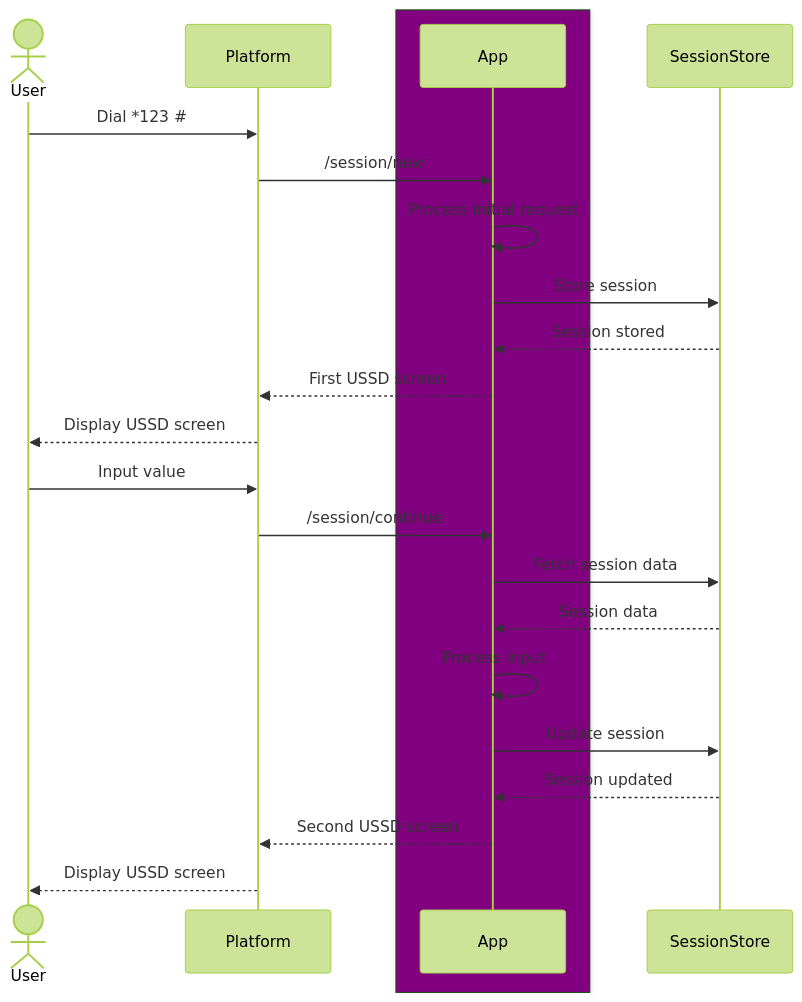
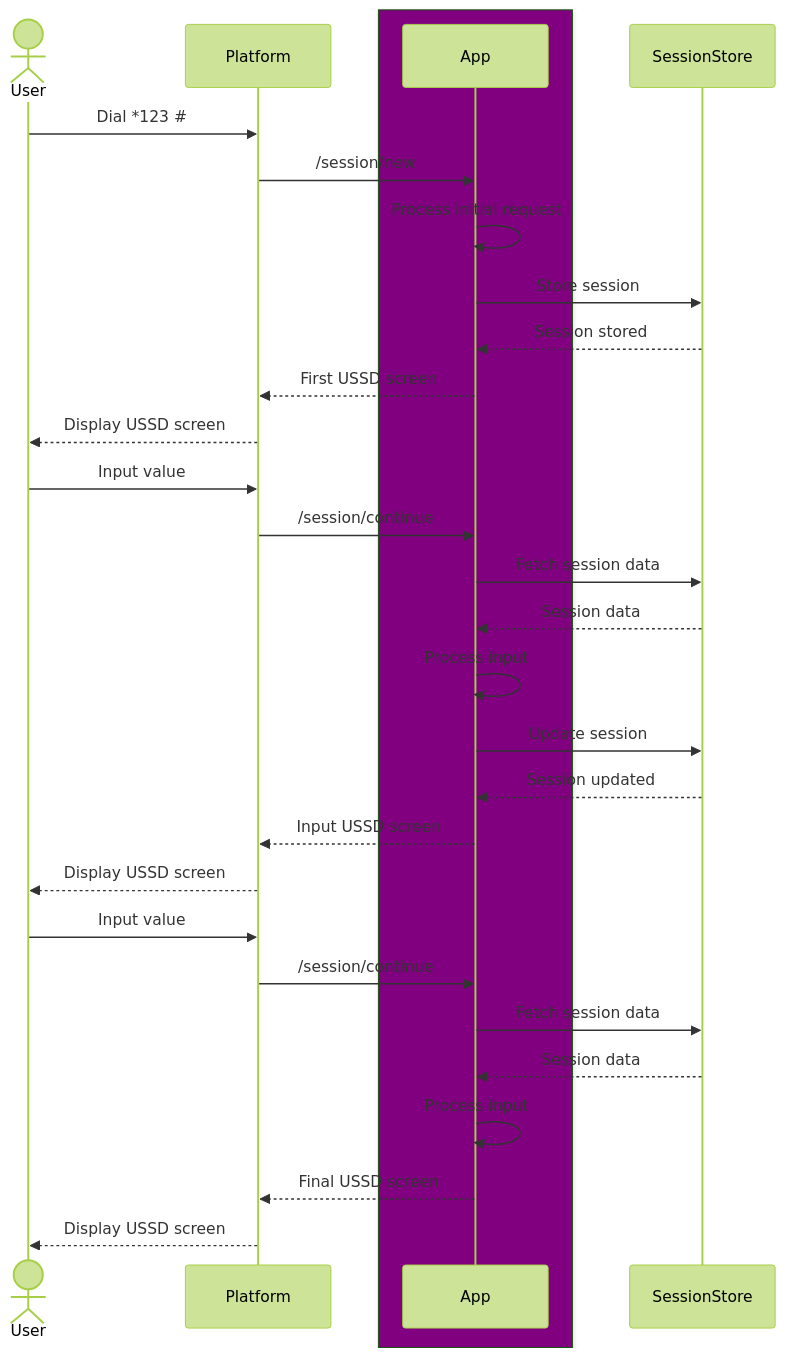
The diagram in README.md (Only1Loatheb/brrricks), drawn with Mermaid (forest theme) before and after one commit. The commit also changed 2 other files, not shown here.

````diff
--- a/README.md
+++ b/README.md
@@ -3,25 +3,32 @@
 ```mermaid
 sequenceDiagram
     actor User
     participant Platform
     box Purple
         participant App
     end
     participant SessionStore
     User ->> Platform: Dial *123 #35;
     Platform ->> App: /session/new
     App ->> App: Process initial request
     App ->> SessionStore: Store session
     SessionStore -->> App: Session stored
     App -->> Platform: First USSD screen
     Platform -->> User: Display USSD screen
     User ->> Platform: Input value
     Platform ->> App: /session/continue
     App ->> SessionStore: Fetch session data
     SessionStore -->> App: Session data
     App ->> App: Process input
     App ->> SessionStore: Update session
     SessionStore -->> App: Session updated
-    App -->> Platform: Second USSD screen
+    App -->> Platform: Input USSD screen
+    Platform -->> User: Display USSD screen
+    User ->> Platform: Input value
+    Platform ->> App: /session/continue
+    App ->> SessionStore: Fetch session data
+    SessionStore -->> App: Session data
+    App ->> App: Process input
+    App -->> Platform: Final USSD screen
     Platform -->> User: Display USSD screen
 ```
````
